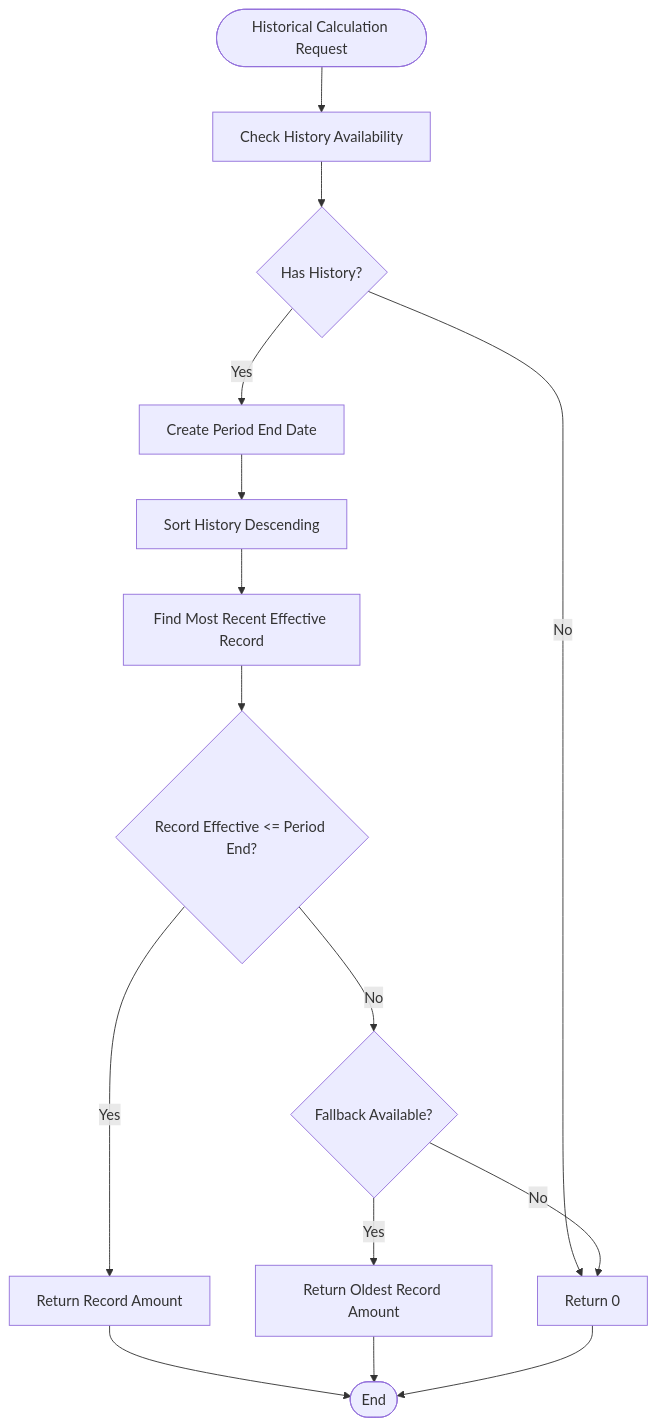
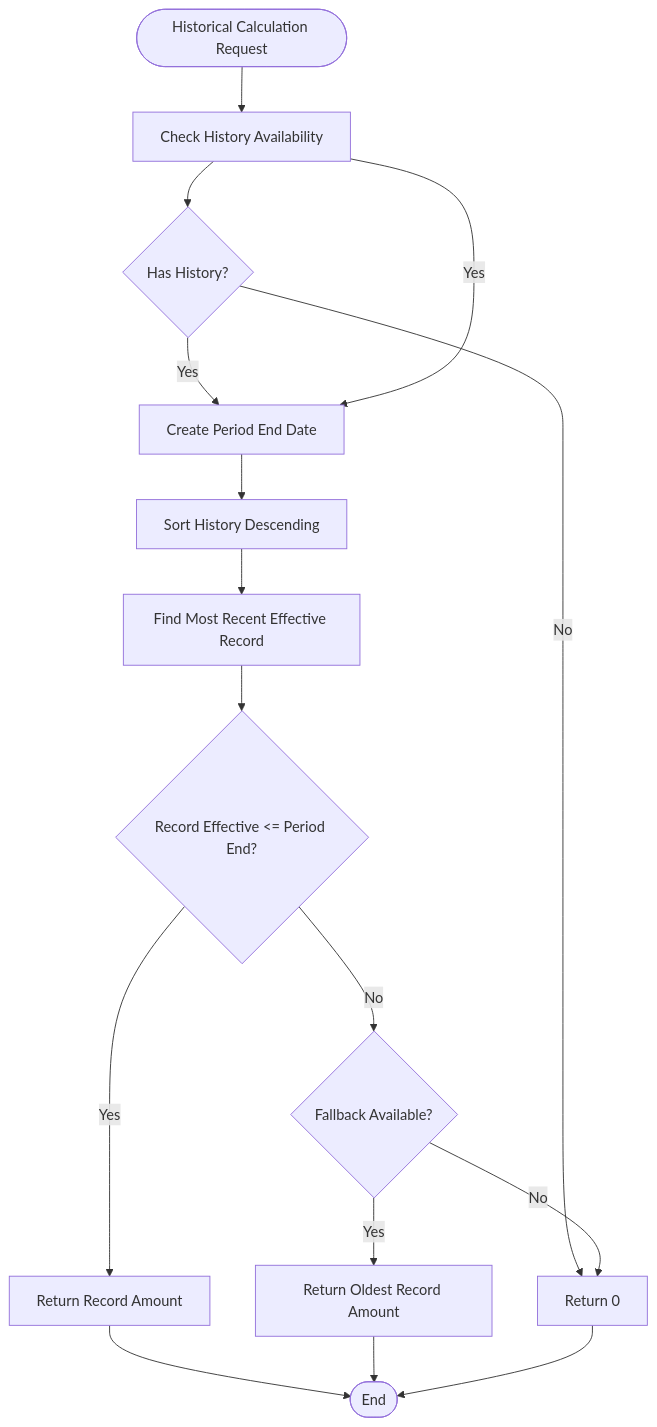
The eighth of 24 diagrams in .qoder/repowiki/en/content/Employee Management/Employee Compensation Management.md (vincet0t15/template), drawn with Mermaid before and after one commit. The commit also changed other lines of this file and 6 other files, not shown here.

````diff
--- a/.qoder/repowiki/en/content/Employee Management/Employee Compensation Management.md
+++ b/.qoder/repowiki/en/content/Employee Management/Employee Compensation Management.md
@@ -538,17 +564,18 @@
 ```mermaid
 flowchart TD
 Start([Historical Calculation Request]) --> CheckHistory["Check History Availability"]
 CheckHistory --> HasHistory{"Has History?"}
 HasHistory --> |No| ReturnZero["Return 0"]
 HasHistory --> |Yes| CreatePeriod["Create Period End Date"]
 CreatePeriod --> SortHistory["Sort History Descending"]
 SortHistory --> FindEffective["Find Most Recent Effective Record"]
 FindEffective --> CheckDate{"Record Effective <= Period End?"}
 CheckDate --> |Yes| ReturnAmount["Return Record Amount"]
 CheckDate --> |No| CheckFallback{"Fallback Available?"}
 CheckFallback --> |Yes| ReturnOldest["Return Oldest Record Amount"]
 CheckFallback --> |No| ReturnZero
+CheckHistory --> |Yes| CreatePeriod
 ReturnAmount --> End([End])
 ReturnOldest --> End
 ReturnZero --> End
 ```
````
